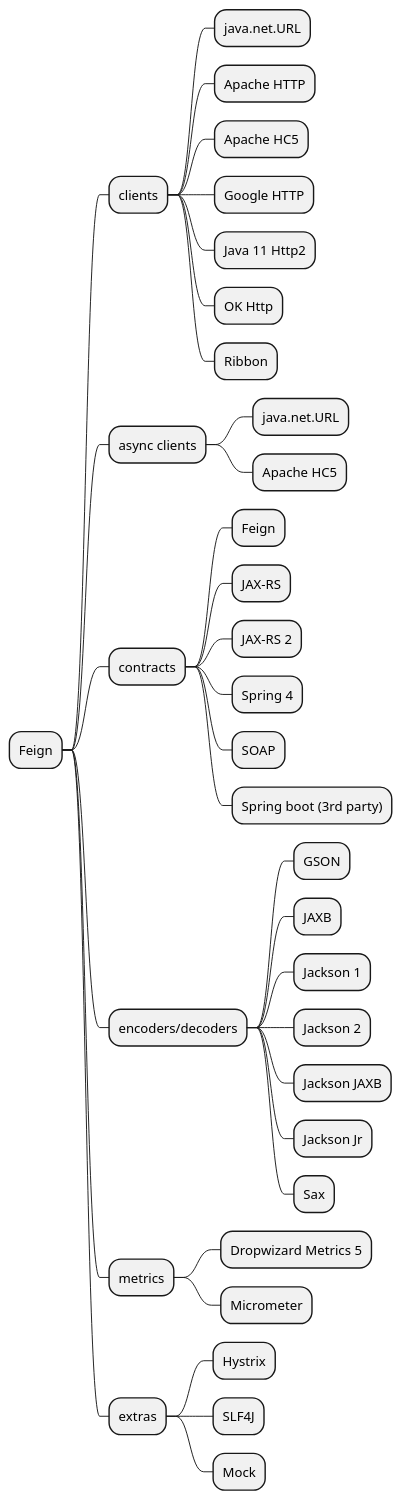
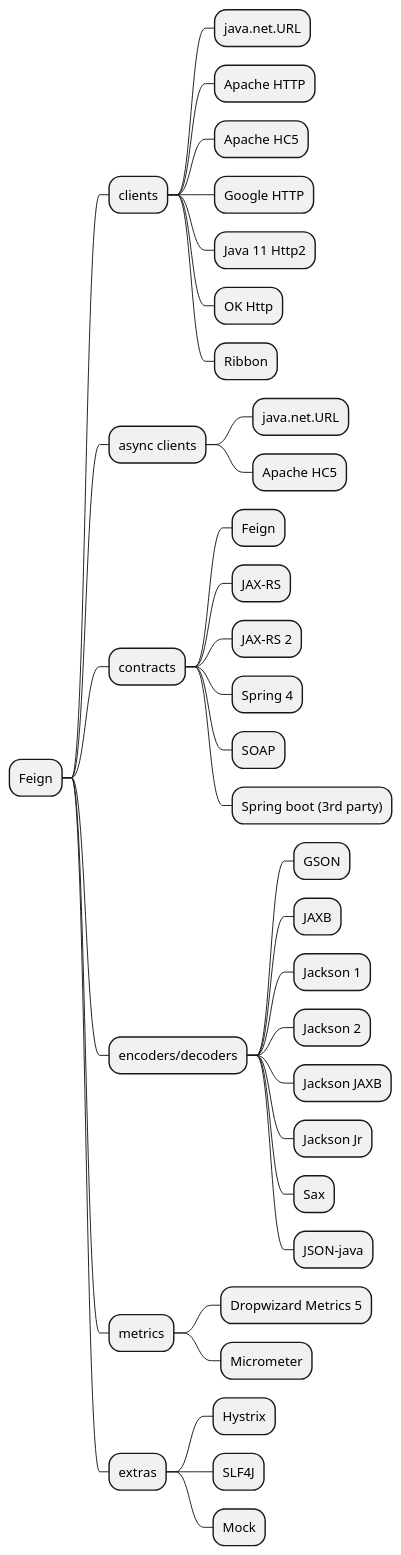
The diagram in src/docs/overview-mindmap.iuml (OpenFeign/feign), drawn with PlantUML before and after one commit. The commit also changed 10 other files, not shown here.

First line of the commit message:
Add JSON-java decoder and encoder (#1387)

```diff
--- a/src/docs/overview-mindmap.iuml
+++ b/src/docs/overview-mindmap.iuml
@@ -1,36 +1,37 @@
 @startmindmap
 * Feign
 ** clients
 *** java.net.URL
 *** Apache HTTP
 *** Apache HC5
 *** Google HTTP
 *** Java 11 Http2
 *** OK Http
 *** Ribbon
 ** async clients
 *** java.net.URL
 *** Apache HC5
 ** contracts
 *** Feign
 *** JAX-RS
 *** JAX-RS 2
 *** Spring 4
 *** SOAP
 *** Spring boot (3rd party)
 ** encoders/decoders
 *** GSON
 *** JAXB
 *** Jackson 1
 *** Jackson 2
 *** Jackson JAXB
 *** Jackson Jr
 *** Sax
+*** JSON-java
 ** metrics
 *** Dropwizard Metrics 5
 *** Micrometer
 ** extras
 *** Hystrix
 *** SLF4J
 *** Mock
 @endmindmap
```
